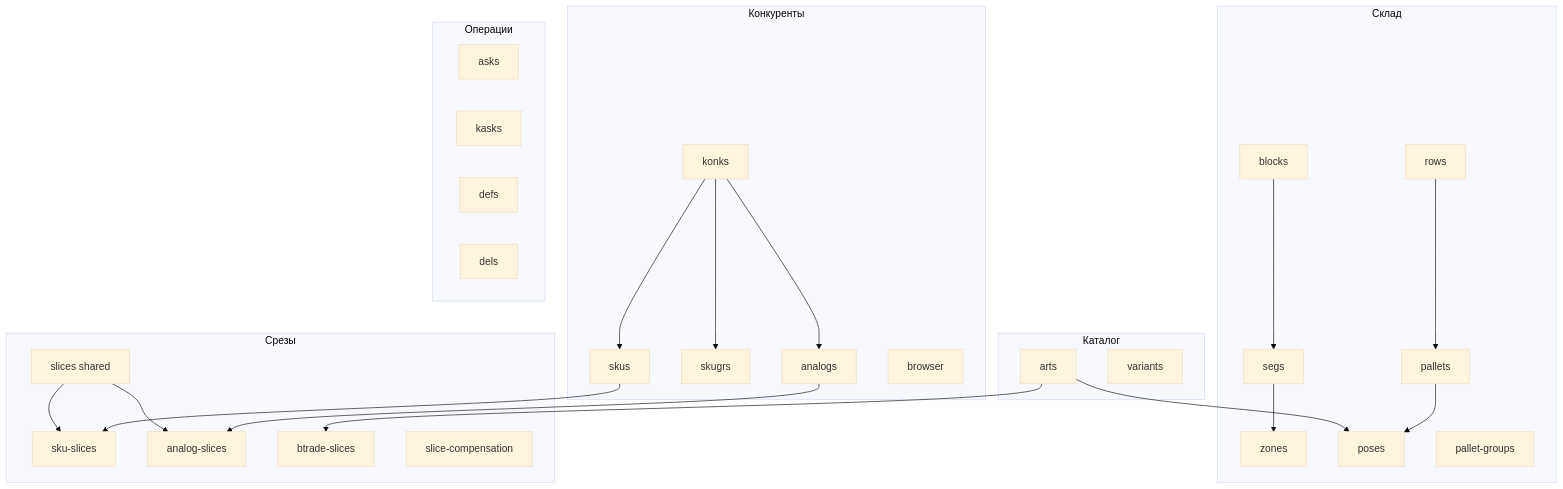
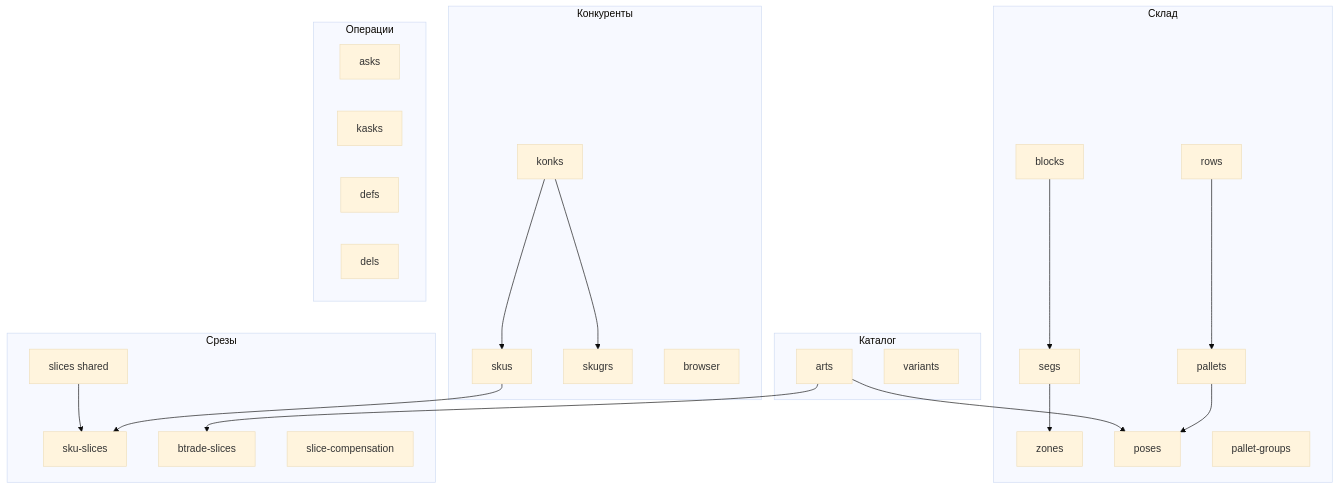
Before and after one commit to PlatenPrime/btw-wh-server: the diagram in README.md, drawn with Mermaid (base theme). The commit also changed other lines of this file and 223 other files, not shown here.

````diff
--- a/README.md
+++ b/README.md
@@ -46,42 +46,38 @@
 ```mermaid
 flowchart TB
   subgraph warehouse [Склад]
     blocks --> segs --> zones
     rows --> pallets --> poses
     palletGroups[pallet-groups]
   end
 
   subgraph catalog [Каталог]
     arts
     variants
   end
 
   subgraph competitors [Конкуренты]
     konks --> skus
     konks --> skugrs
-    konks --> analogs
     browser
   end
 
   subgraph analytics [Срезы]
     skuSlices[sku-slices]
-    analogSlices[analog-slices]
     btradeSlices[btrade-slices]
     sharedSlices[slices shared]
     sliceComp[slice-compensation]
   end
 
   subgraph ops [Операции]
     asks
     kasks
     defs
     dels
   end
 
   arts --> poses
   skus --> skuSlices
-  analogs --> analogSlices
   arts --> btradeSlices
   sharedSlices --> skuSlices
-  sharedSlices --> analogSlices
 ```
````
